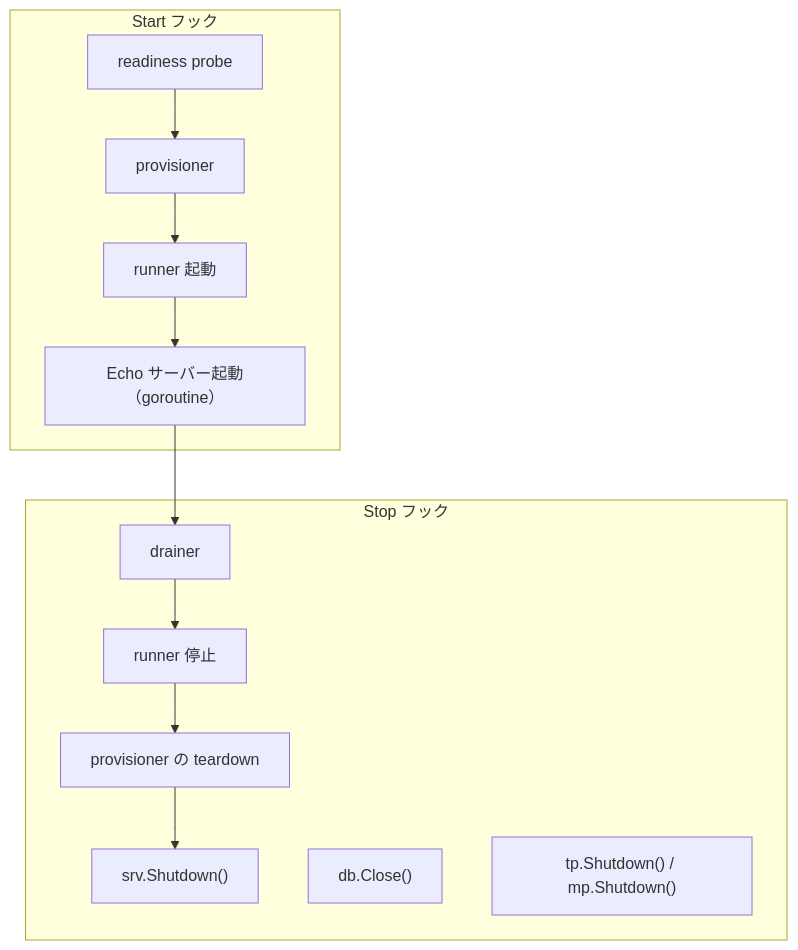
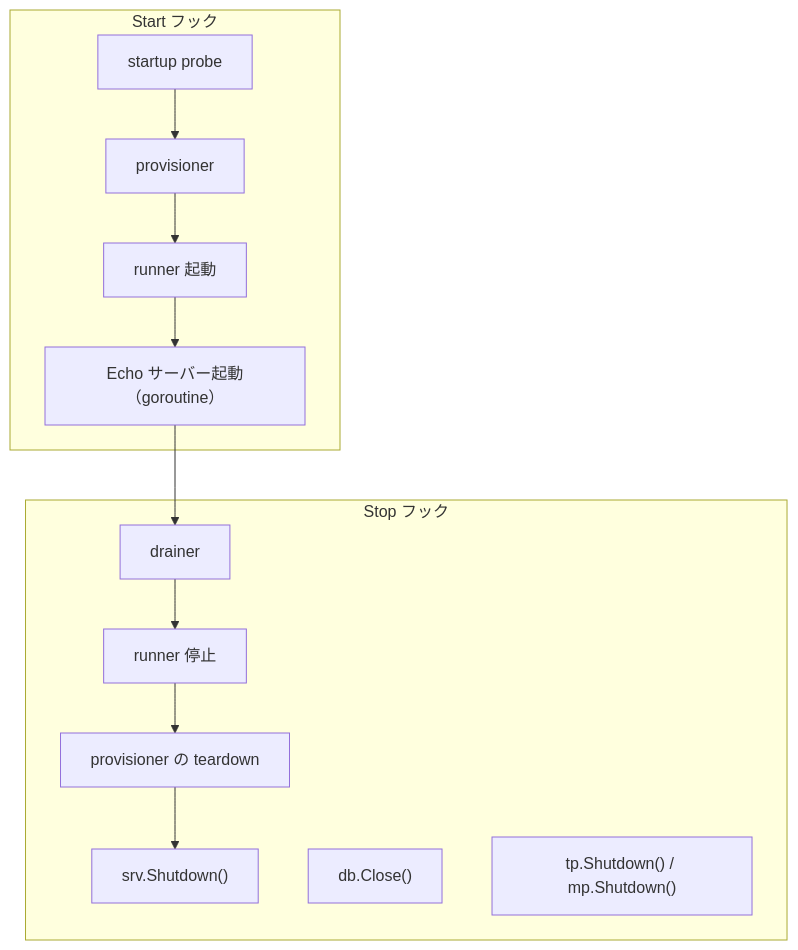
One commit to Tomy-ch/go-boilerplate changed the diagram in internal/di/server/hook/README.ja.md. Above: the diagram before and after it, drawn with Mermaid. The commit also changed other lines of this file and 21 other files, not shown here.

````diff
--- a/internal/di/server/hook/README.ja.md
+++ b/internal/di/server/hook/README.ja.md
@@ -15,16 +15,16 @@
 ```mermaid
 flowchart TB
     subgraph "Start フック"
-        Probe["readiness probe"] --> Provision["provisioner"] --> RunStart["runner 起動"] --> HTTP["Echo サーバー起動（goroutine）"]
+        Probe["startup probe"] --> Provision["provisioner"] --> RunStart["runner 起動"] --> HTTP["Echo サーバー起動（goroutine）"]
     end
 
     subgraph "Stop フック"
         Drain["drainer"] --> RunStop["runner 停止"] --> Teardown["provisioner の teardown"] --> Shutdown["srv.Shutdown()"]
         DBClose["db.Close()"]
         O11yShutdown["tp.Shutdown() / mp.Shutdown()"]
     end
 
     HTTP --> Drain
     DBClose
     O11yShutdown
 ```
````
